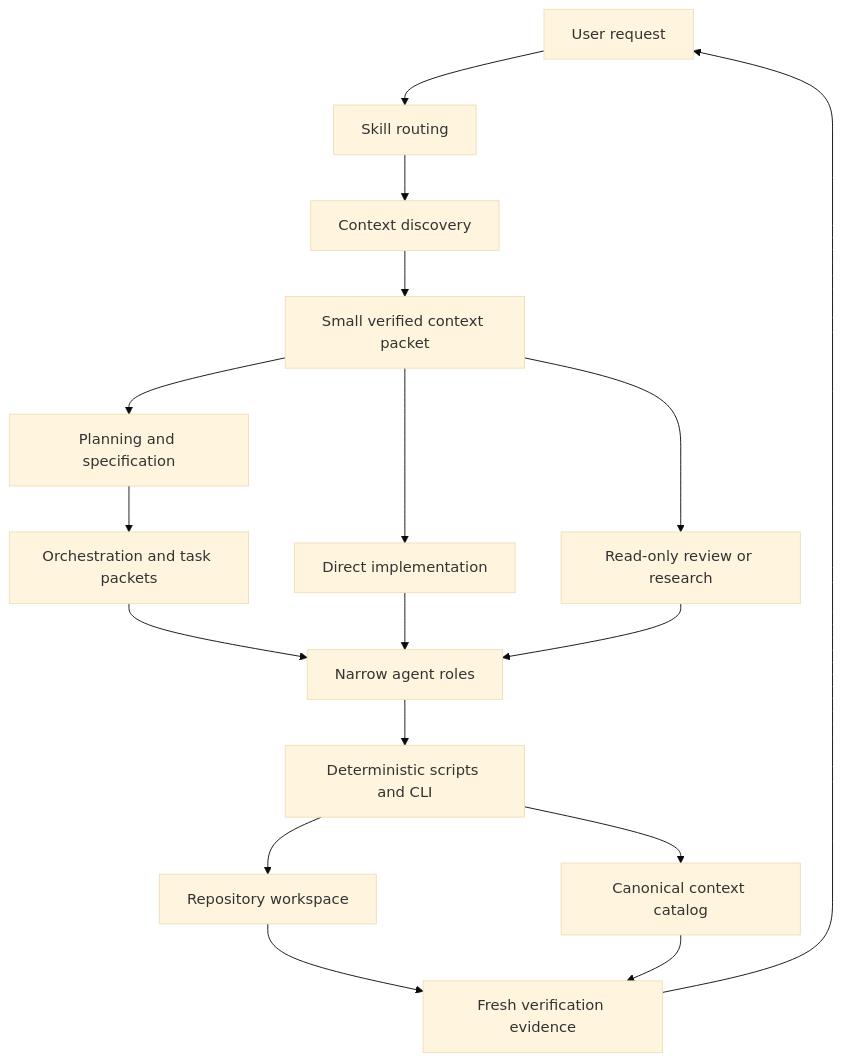
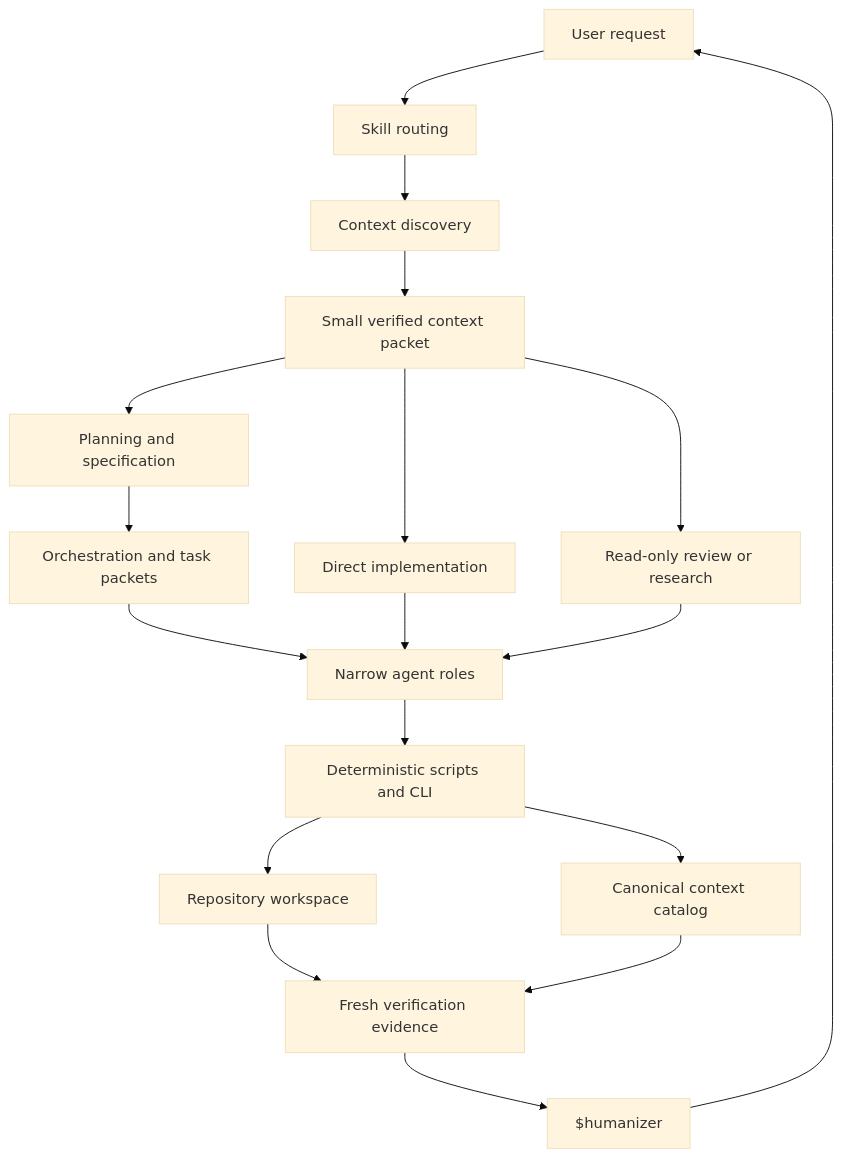
One commit to medeiroshudson/CodexAgent changed the first of 5 diagrams in README.md. Above: the diagram before and after it, drawn with Mermaid (base theme). The commit also changed other lines of this file and 40 other files, not shown here.

````diff
--- a/README.md
+++ b/README.md
@@ -22,23 +22,24 @@
 ```mermaid
 flowchart TB
     U["User request"] --> R["Skill routing"]
     R --> D["Context discovery"]
     D --> C["Small verified context packet"]
 
     C --> P["Planning and specification"]
     C --> I["Direct implementation"]
     C --> V["Read-only review or research"]
 
     P --> O["Orchestration and task packets"]
     O --> A["Narrow agent roles"]
     I --> A
     V --> A
 
     A --> S["Deterministic scripts and CLI"]
     S --> W["Repository workspace"]
     S --> X["Canonical context catalog"]
 
     W --> E["Fresh verification evidence"]
     X --> E
-    E --> U
+    E --> H["$humanizer"]
+    H --> U
 ```
````
